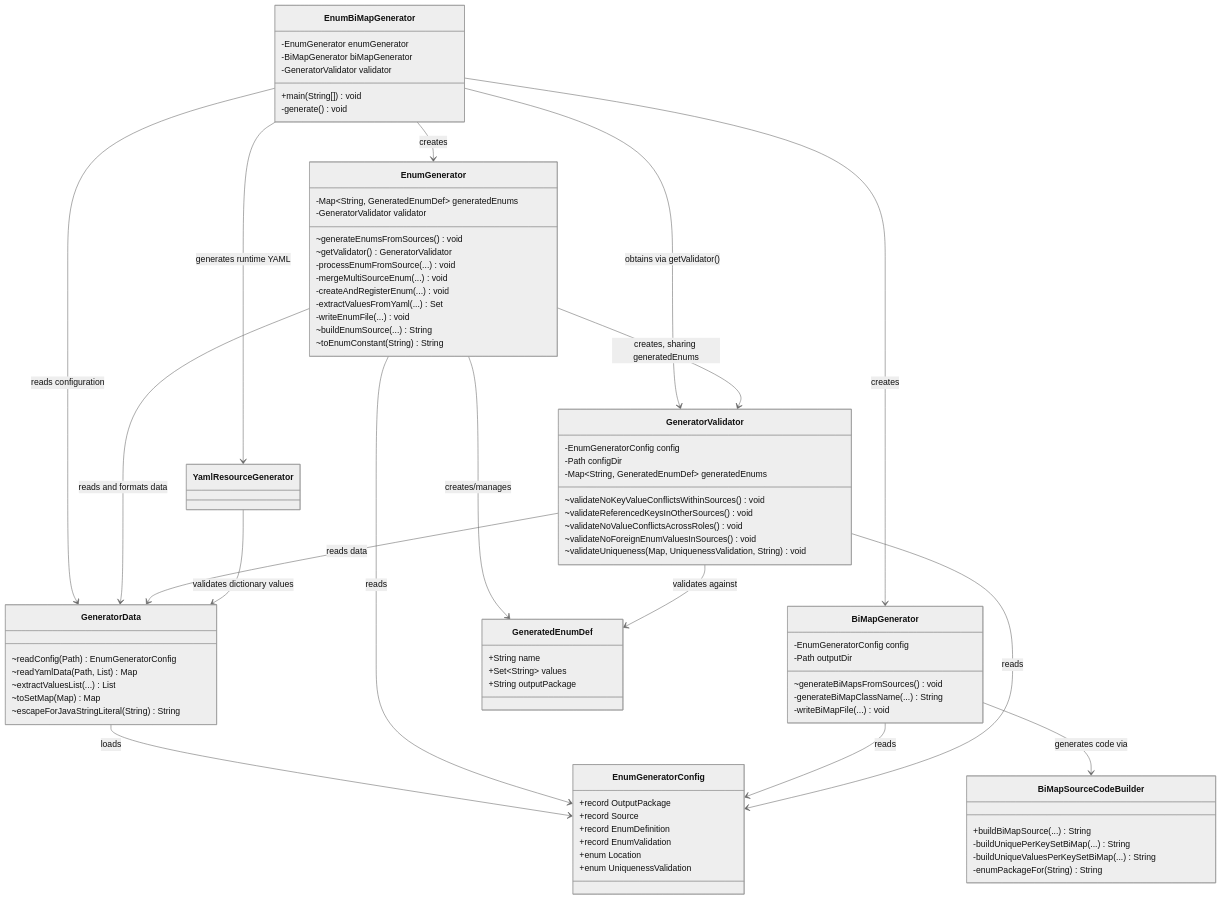
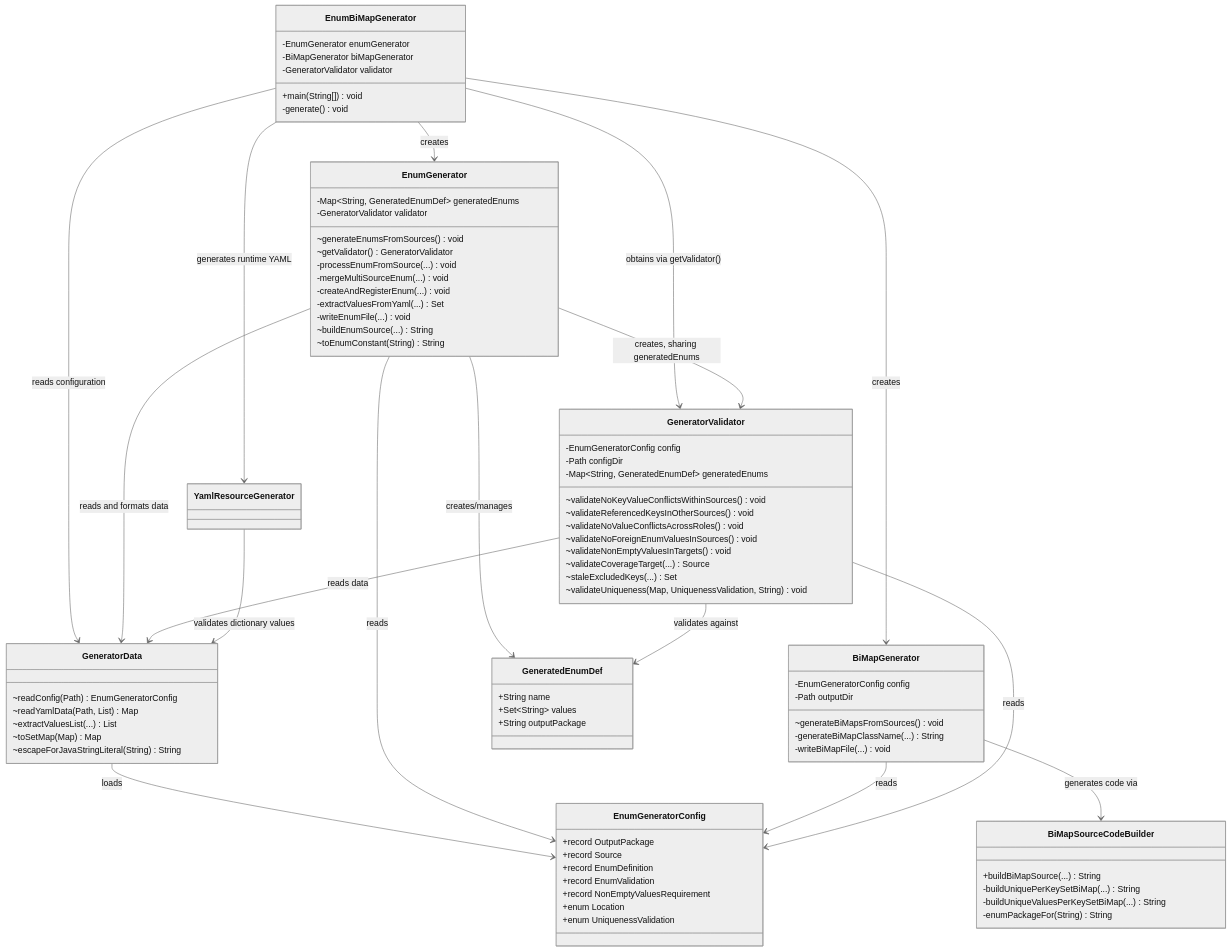
The diagram in docs/generator-class-structure.md (companieshouse/presenters-api), drawn with Mermaid (neutral theme) before and after one commit. The commit also changed other lines of this file and 12 other files, not shown here.

First line of the commit message:
Validate FormType-to-PresenterType mapping coverage in YAML files

```diff
--- a/docs/generator-class-structure.md
+++ b/docs/generator-class-structure.md
@@ -119,6 +119,9 @@
         ~validateReferencedKeysInOtherSources() void
         ~validateNoValueConflictsAcrossRoles() void
         ~validateNoForeignEnumValuesInSources() void
+        ~validateNonEmptyValuesInTargets() void
+        ~validateCoverageTarget(...) Source
+        ~staleExcludedKeys(...) Set
         ~validateUniqueness(Map, UniquenessValidation, String) void
     }
 
@@ -134,6 +137,7 @@
         +record Source
         +record EnumDefinition
         +record EnumValidation
+        +record NonEmptyValuesRequirement
         +enum Location
         +enum UniquenessValidation
     }
```
